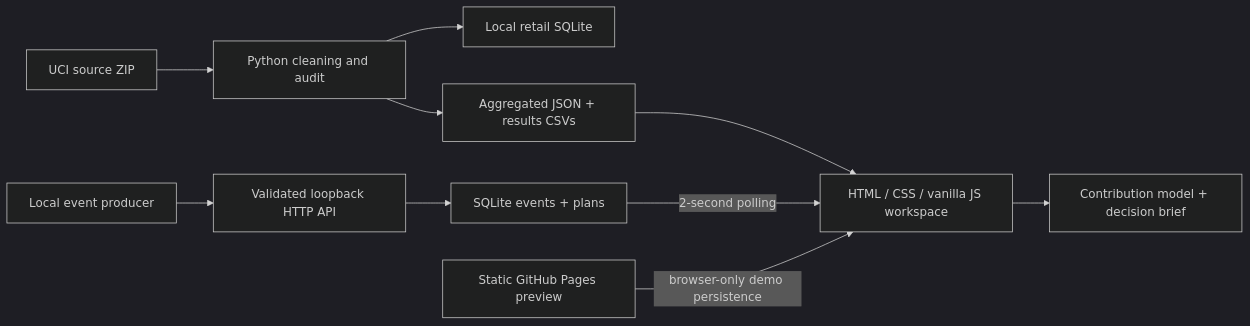
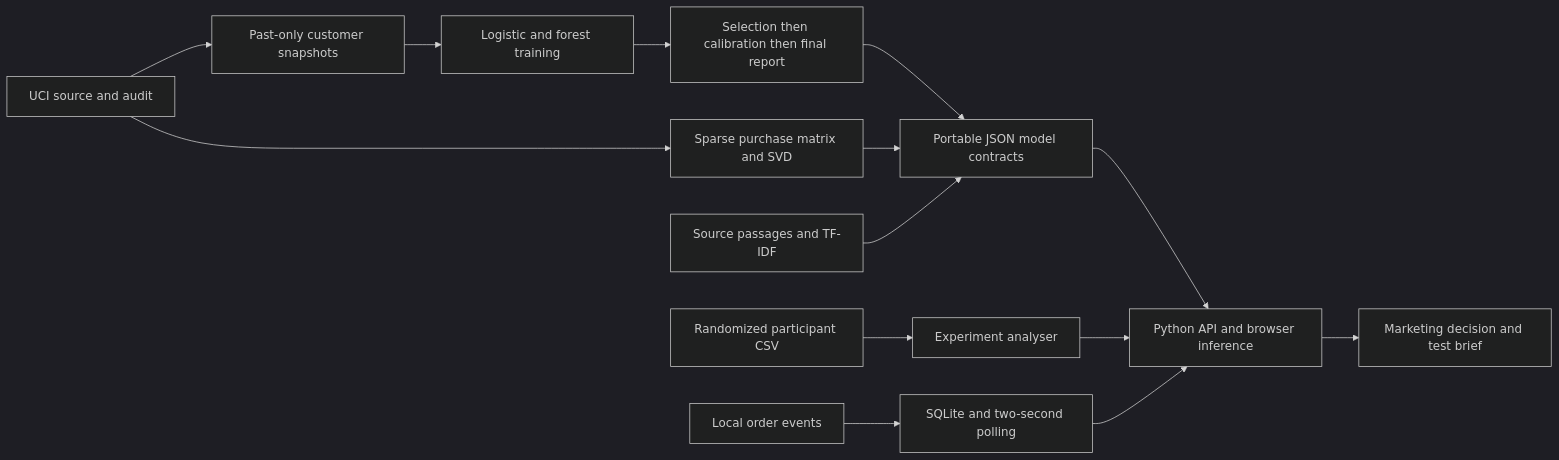
One commit to Pavan-amikula/brandscope changed the diagram in README.md. Above: the diagram before and after it, drawn with Mermaid (dark theme). The commit also changed other lines of this file and 57 other files, not shown here.

````diff
--- a/README.md
+++ b/README.md
@@ -139,12 +142,16 @@
 ```mermaid
 flowchart LR
-  A[UCI source ZIP] --> B[Python cleaning and audit]
-  B --> C[Local retail SQLite]
-  B --> D[Aggregated JSON + results CSVs]
-  D --> E[HTML / CSS / vanilla JS workspace]
-  F[Local event producer] --> G[Validated loopback HTTP API]
-  G --> H[SQLite events + plans]
-  H -->|2-second polling| E
-  E --> I[Contribution model + decision brief]
-  J[Static GitHub Pages preview] -->|browser-only demo persistence| E
+  A[UCI source and audit] --> B[Past-only customer snapshots]
+  B --> C[Logistic and forest training]
+  C --> D[Selection then calibration then final report]
+  A --> E[Sparse purchase matrix and SVD]
+  D --> F[Portable JSON model contracts]
+  E --> F
+  G[Source passages and TF-IDF] --> F
+  F --> H[Python API and browser inference]
+  I[Randomized participant CSV] --> J[Experiment analyser]
+  J --> H
+  K[Local order events] --> L[SQLite and two-second polling]
+  L --> H
+  H --> M[Marketing decision and test brief]
 ```
````
